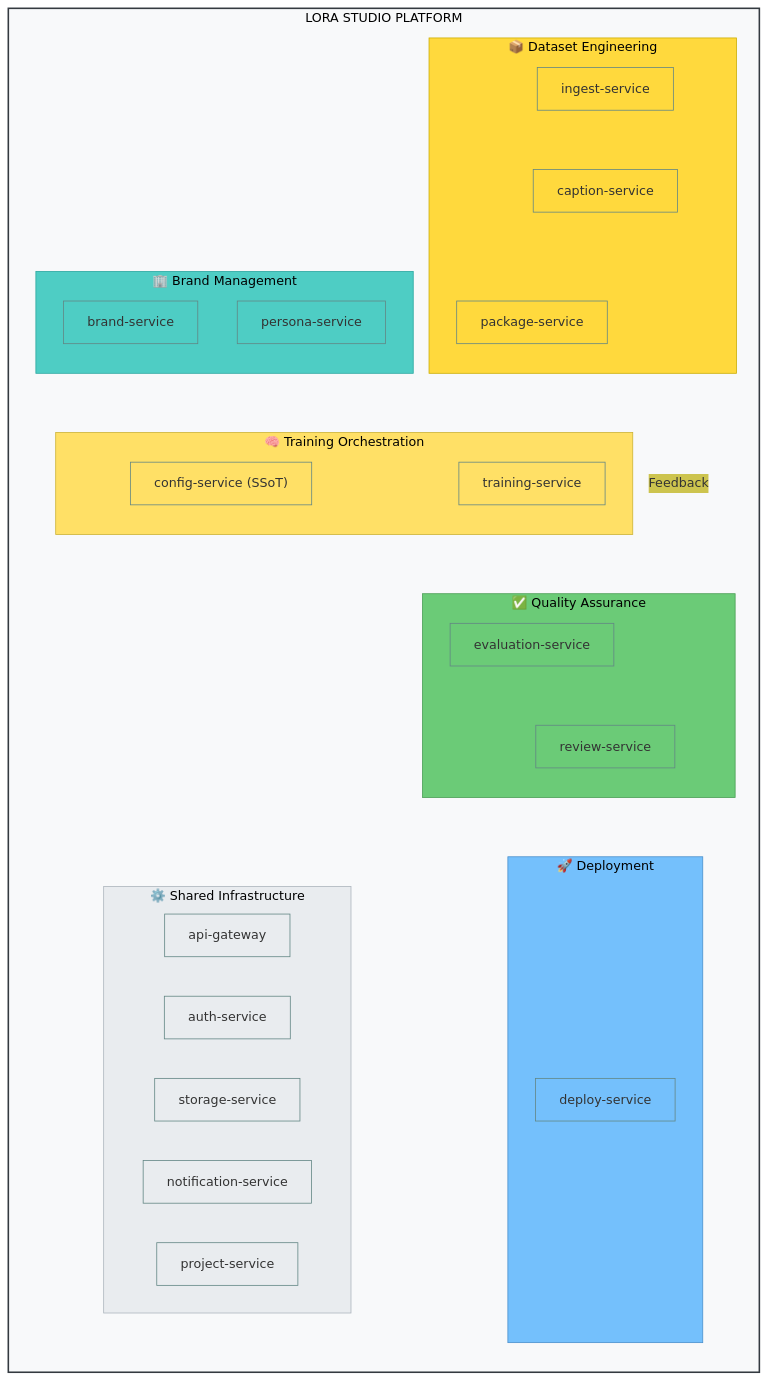
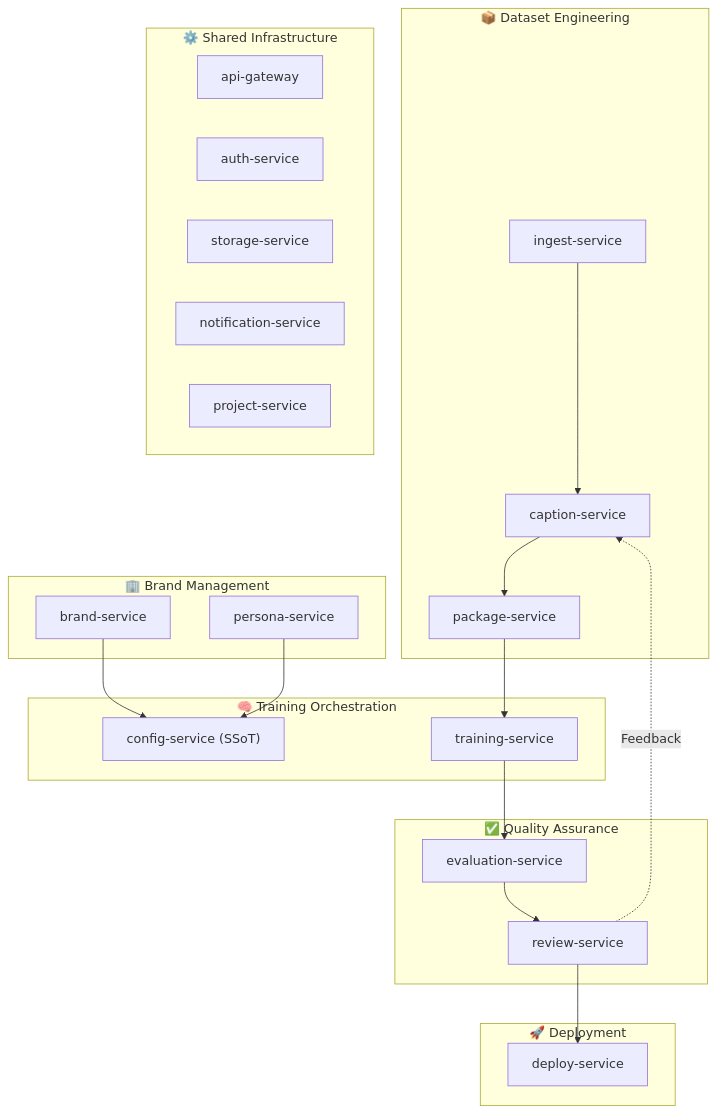
One commit to vandre-sales/lora-studio-showcase changed the second of 2 diagrams in paper/03-ARCHITECTURE.md. Above: the diagram before and after it, drawn with Mermaid. The commit also changed other lines of this file and 3 other files, not shown here.

Commit message:
refactor: purista Mermaid diagram (no custom colors, no PLATFORM wrapper) + Human-in-the-Loop terminology (6 replacements across 4 files)

````diff
--- a/paper/03-ARCHITECTURE.md
+++ b/paper/03-ARCHITECTURE.md
@@ -76,58 +76,45 @@
 ```mermaid
-%%{init: {'theme': 'base', 'themeVariables': {'primaryColor': '#4ecdc4', 'background': 'transparent', 'mainBkg': 'transparent'}}}%%
 graph TD
-    subgraph PLATFORM ["LORA STUDIO PLATFORM"]
-        direction TB
+    subgraph BRAND ["🏢 Brand Management"]
+        brand-svc["brand-service"]
+        persona-svc["persona-service"]
+    end
 
-        subgraph BRAND ["🏢 Brand Management"]
-            brand-svc["brand-service"]
-            persona-svc["persona-service"]
-        end
+    subgraph DATASET ["📦 Dataset Engineering"]
+        ingest-svc["ingest-service"]
+        caption-svc["caption-service"]
+        package-svc["package-service"]
+    end
 
-        subgraph DATASET ["📦 Dataset Engineering"]
-            ingest-svc["ingest-service"]
-            caption-svc["caption-service"]
-            package-svc["package-service"]
-        end
+    subgraph TRAINING ["🧠 Training Orchestration"]
+        config-svc["config-service (SSoT)"]
+        training-svc["training-service"]
+    end
 
-        subgraph TRAINING ["🧠 Training Orchestration"]
-            config-svc["config-service (SSoT)"]
-            training-svc["training-service"]
-        end
+    subgraph QA ["✅ Quality Assurance"]
+        eval-svc["evaluation-service"]
+        review-svc["review-service"]
+    end
 
-        subgraph QA ["✅ Quality Assurance"]
-            eval-svc["evaluation-service"]
-            review-svc["review-service"]
-        end
+    subgraph DEPLOY ["🚀 Deployment"]
+        deploy-svc["deploy-service"]
+    end
 
-        subgraph DEPLOY ["🚀 Deployment"]
-            deploy-svc["deploy-service"]
-        end
-
-        subgraph SHARED ["⚙️ Shared Infrastructure"]
-            gw["api-gateway"]
-            auth["auth-service"]
-            storage["storage-service"]
-            notify["notification-service"]
-            project["project-service"]
-        end
+    subgraph SHARED ["⚙️ Shared Infrastructure"]
+        gw["api-gateway"]
+        auth["auth-service"]
+        storage["storage-service"]
+        notify["notification-service"]
+        project["project-service"]
     end
 
     brand-svc --> config-svc
     persona-svc --> config-svc
     ingest-svc --> caption-svc
     caption-svc --> package-svc
     package-svc --> training-svc
     training-svc --> eval-svc
     eval-svc --> review-svc
     review-svc --> deploy-svc
     review-svc -.->|Feedback| caption-svc
-
-    style PLATFORM fill:#f8f9fa,stroke:#343a40,stroke-width:2px,color:#000
-    style BRAND fill:#4ecdc4,stroke:#2ba8a0,color:#000
-    style DATASET fill:#ffd93d,stroke:#ccae00,color:#000
-    style TRAINING fill:#ffe066,stroke:#ccb233,color:#000
-    style QA fill:#6bcb77,stroke:#4a9e55,color:#000
-    style DEPLOY fill:#74c0fc,stroke:#4a8fcc,color:#000
-    style SHARED fill:#e9ecef,stroke:#adb5bd,color:#000
 ```
````
